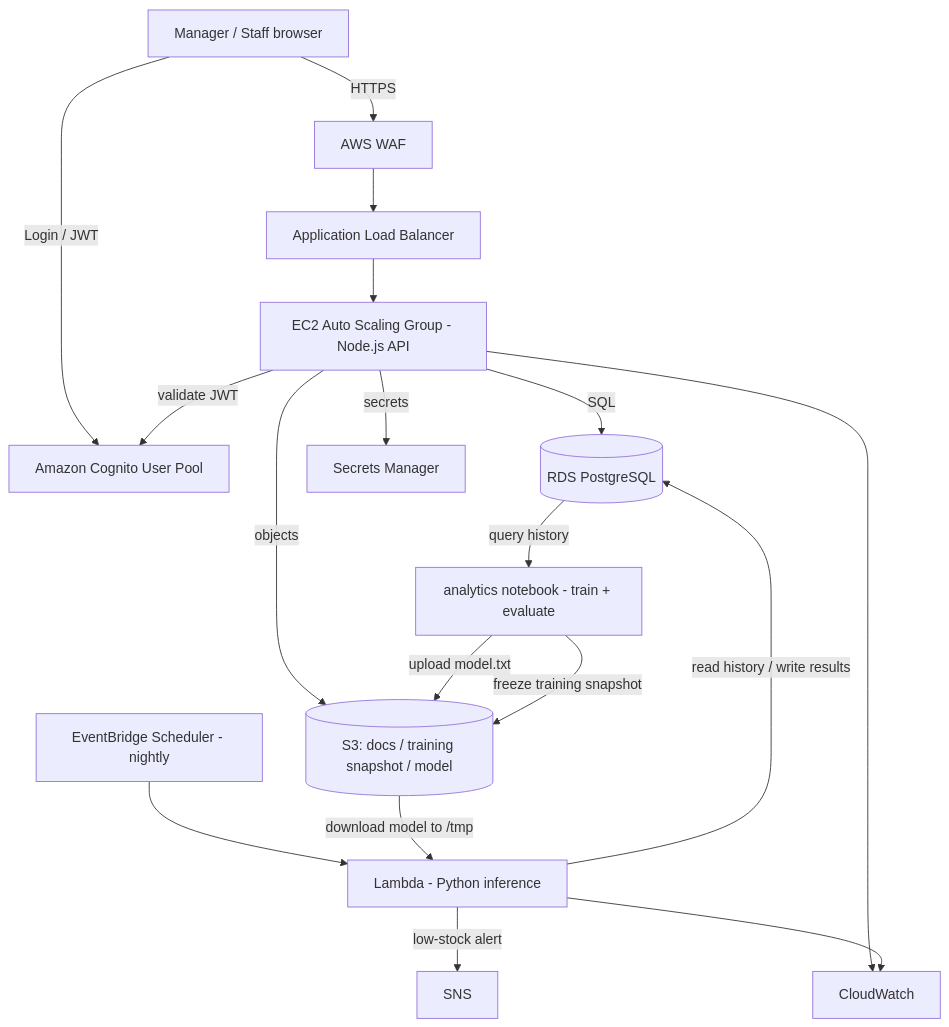
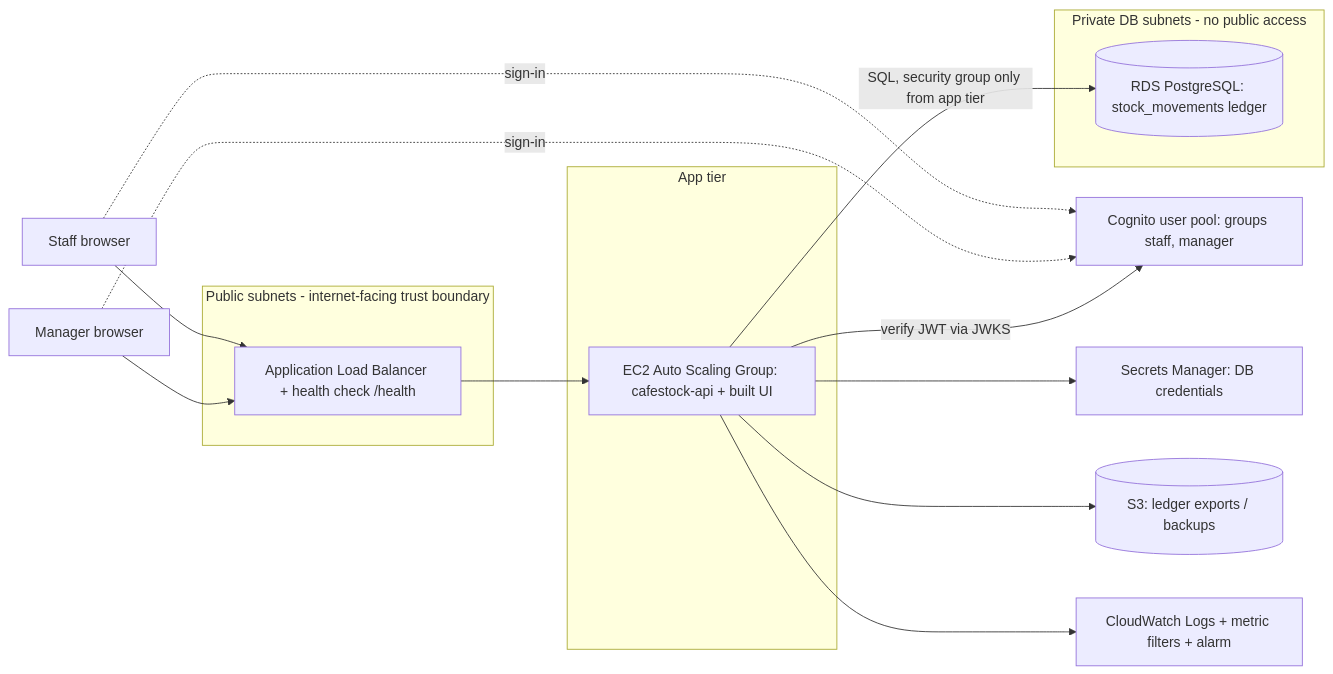
One commit to r4ihn/INF2006_TeamProject_1_Grp4 changed the diagram in docs/implementation-plan.md. Above: the diagram before and after it, drawn with Mermaid. The commit also changed other lines of this file and 1 other file, not shown here.

````diff
--- a/docs/implementation-plan.md
+++ b/docs/implementation-plan.md
@@ -62,20 +164,22 @@
 ```mermaid
-flowchart TD
-    User[Manager / Staff browser] -->|HTTPS| WAF[AWS WAF]
-    WAF --> ALB[Application Load Balancer]
-    ALB --> ASG[EC2 Auto Scaling Group - Node.js API]
-    User -->|Login / JWT| Cognito[Amazon Cognito User Pool]
-    ASG -->|validate JWT| Cognito
-    ASG -->|SQL| RDS[(RDS PostgreSQL)]
-    ASG -->|objects| S3[(S3: docs / training snapshot / model)]
-    ASG -->|secrets| SM[Secrets Manager]
-    NB[analytics notebook - train + evaluate] -->|upload model.txt| S3
-    NB -->|freeze training snapshot| S3
-    RDS -->|query history| NB
-    EB[EventBridge Scheduler - nightly] --> LF[Lambda - Python inference]
-    S3 -->|download model to /tmp| LF
-    LF -->|read history / write results| RDS
-    LF -->|low-stock alert| SNS[SNS]
-    ASG --> CW[CloudWatch]
-    LF --> CW
+flowchart LR
+  staff[Staff browser] --> ALB
+  mgr[Manager browser] --> ALB
+  staff -. sign-in .-> COG[Cognito user pool: groups staff, manager]
+  mgr -. sign-in .-> COG
+  subgraph public[Public subnets - internet-facing trust boundary]
+    ALB[Application Load Balancer + health check /health]
+  end
+  subgraph app[App tier]
+    ASG[EC2 Auto Scaling Group: cafestock-api + built UI]
+  end
+  subgraph data[Private DB subnets - no public access]
+    RDS[(RDS PostgreSQL: stock_movements ledger)]
+  end
+  ALB --> ASG
+  ASG -->|verify JWT via JWKS| COG
+  ASG -->|SQL, security group only from app tier| RDS
+  ASG --> SM[Secrets Manager: DB credentials]
+  ASG --> S3[(S3: ledger exports / backups)]
+  ASG --> CW[CloudWatch Logs + metric filters + alarm]
 ```
````
